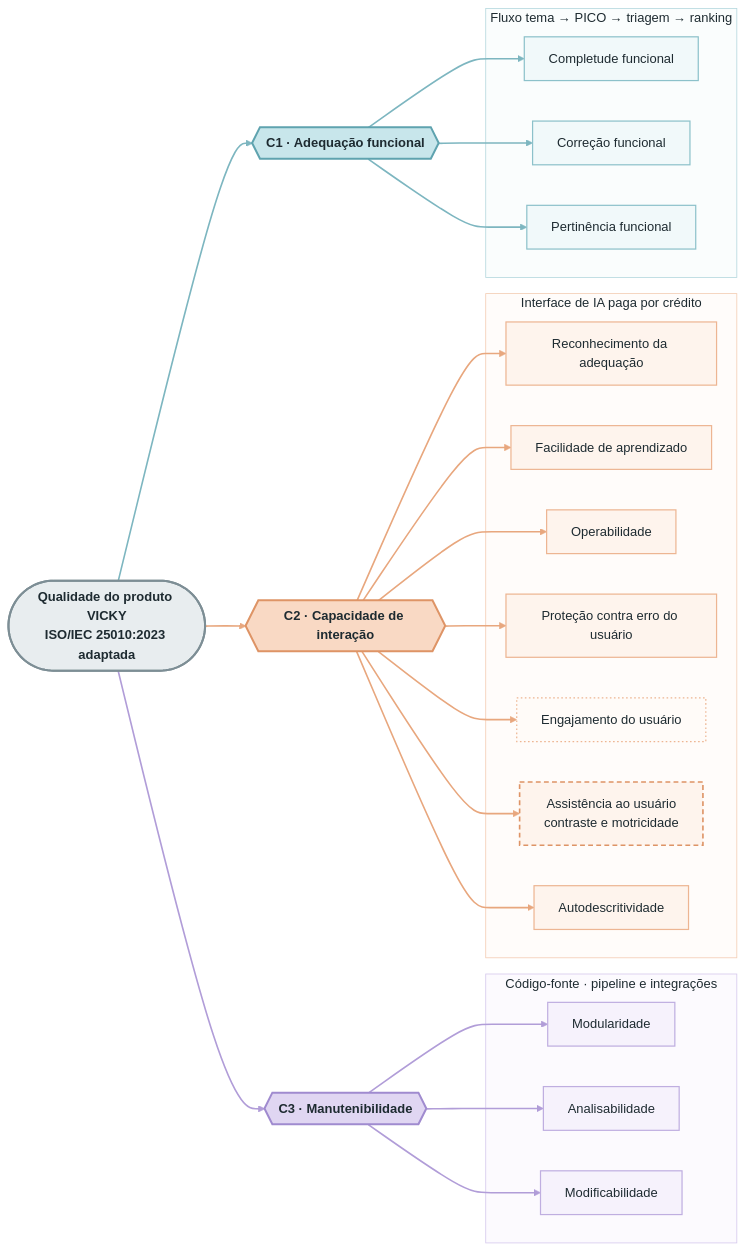
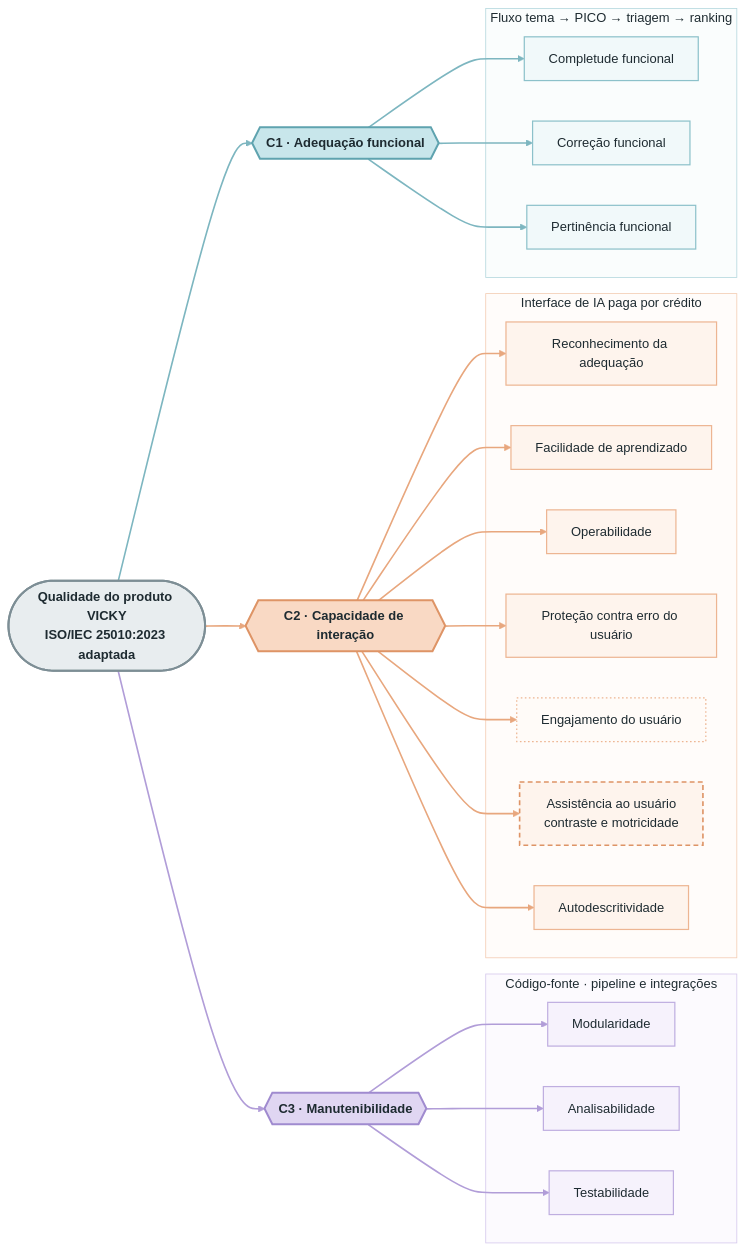
Before and after one commit to FCTE-Qualidade-de-Software-1/2026-2_T02_FRANCES_ALLEN: the diagram in docs/fase-1/modelo-de-qualidade.md, drawn with Mermaid. The commit also changed other lines of this file and 2 other files, not shown here.

Commit message:
docs: substitui modificabilidade por testabilidade em C3 e adiciona discussao de trade-offs

````diff
--- a/docs/fase-1/modelo-de-qualidade.md
+++ b/docs/fase-1/modelo-de-qualidade.md
@@ -68,63 +65,63 @@
 ```mermaid
 flowchart LR
     Q([" Qualidade do produto VICKY<br/>ISO/IEC 25010:2023 adaptada"])
 
     Q ==> C1{{" C1 · Adequação funcional"}}
     Q ==> C2{{" C2 · Capacidade de interação"}}
     Q ==> C3{{" C3 · Manutenibilidade"}}
 
     %% Subgrafos declarados de C3 para C1: no layout LR, o último fica no topo
     subgraph SG3["Código-fonte · pipeline e integrações"]
         S31[" Modularidade"]
         S32[" Analisabilidade"]
-        S33[" Modificabilidade"]
+        S33[" Testabilidade"]
     end
 
     subgraph SG2["Interface de IA paga por crédito"]
         S21[" Reconhecimento da adequação"]
         S22[" Facilidade de aprendizado"]
         S23[" Operabilidade"]
         S24[" Proteção contra erro do usuário"]
         S25[" Engajamento do usuário"]
         S26["Assistência ao usuário<br/>contraste e motricidade"]
         S27["Autodescritividade"]
     end
 
     subgraph SG1["Fluxo tema → PICO → triagem → ranking"]
         S11[" Completude funcional"]
         S12[" Correção funcional"]
         S13[" Pertinência funcional"]
     end
 
     C1 --> S11 & S12 & S13
     C2 --> S21 & S22 & S23 & S24 & S25 & S26 & S27
     C3 --> S31 & S32 & S33
 
     classDef raiz fill:#E8EDEF,stroke:#7D8E95,stroke-width:2.5px,color:#1E2B31,font-weight:bold
     classDef c1 fill:#C8E6EB,stroke:#5FA3AF,stroke-width:2.5px,color:#1E2B31,font-weight:bold
     classDef c2 fill:#F9D9C4,stroke:#DE9466,stroke-width:2.5px,color:#1E2B31,font-weight:bold
     classDef c3 fill:#E0D6F2,stroke:#A08BCF,stroke-width:2.5px,color:#1E2B31,font-weight:bold
     classDef s1 fill:#F1F9FA,stroke:#8CC1CA,stroke-width:1.5px,color:#1E2B31
     classDef s2 fill:#FEF4ED,stroke:#EDB592,stroke-width:1.5px,color:#1E2B31
     classDef s3 fill:#F6F2FC,stroke:#BFAEE0,stroke-width:1.5px,color:#1E2B31
     classDef adaptada fill:#FEF4ED,stroke:#DE9466,stroke-width:2px,stroke-dasharray:6 4,color:#1E2B31
     classDef secundaria fill:#FFFBF8,stroke:#EDB592,stroke-width:1.5px,stroke-dasharray:2 3,color:#1E2B31
 
     class Q raiz
     class C1 c1
     class C2 c2
     class C3 c3
     class S11,S12,S13 s1
     class S21,S22,S23,S24,S27 s2
     class S26 adaptada
     class S25 secundaria
     class S31,S32,S33 s3
 
     style SG1 fill:#FAFDFD,stroke:#B5D8DE,stroke-width:1px,color:#1E2B31
     style SG2 fill:#FFFCFA,stroke:#F3CDB4,stroke-width:1px,color:#1E2B31
     style SG3 fill:#FCFAFE,stroke:#D5C9EC,stroke-width:1px,color:#1E2B31
 
     linkStyle 0,3,4,5 stroke:#7DB6C0,stroke-width:2px
     linkStyle 1,6,7,8,9,10,11,12 stroke:#E8A77E,stroke-width:2px
     linkStyle 2,13,14,15 stroke:#B19DD8,stroke-width:2px
 ```
````
